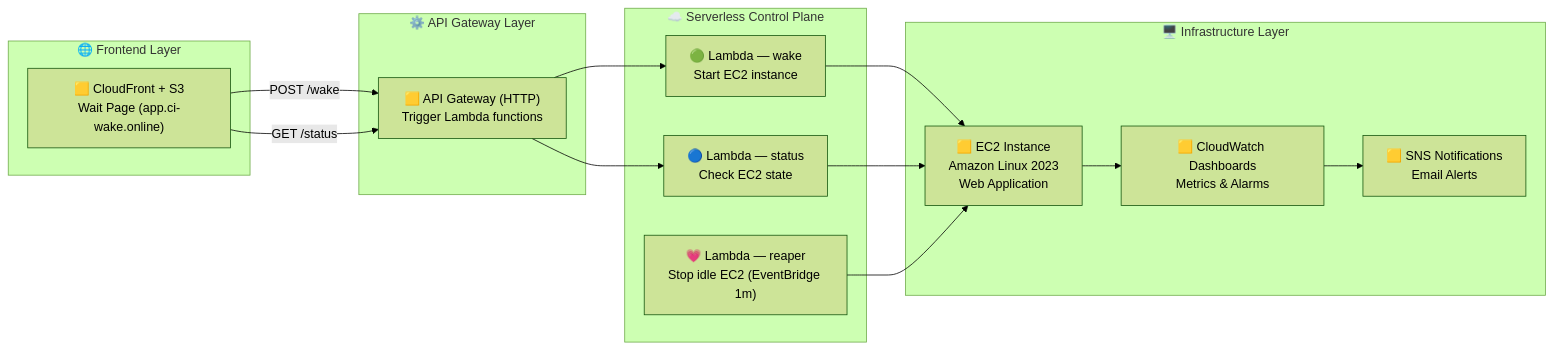
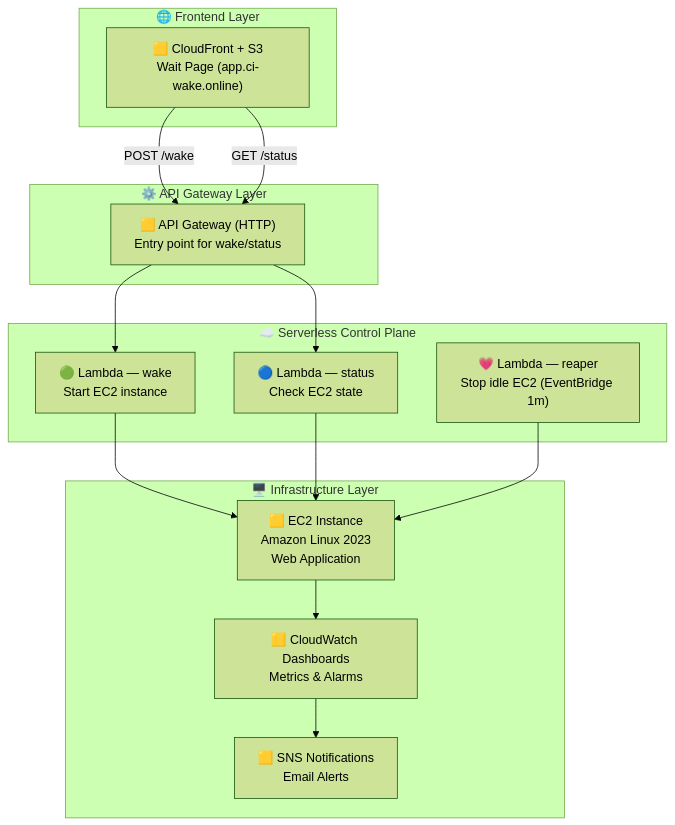
One commit to rusets/CI-CD-Pipeline-for-Application-Deployment changed the diagram in README.md. Above: the diagram before and after it, drawn with Mermaid (forest theme).

Commit message:
docs: refined architecture diagram and updated README layout

````diff
--- a/README.md
+++ b/README.md
@@ -34,40 +34,44 @@
 ```mermaid
-flowchart LR
-  %% === Frontend Section ===
+flowchart TB
+  %% === Frontend Layer ===
   subgraph Frontend["🌐 Frontend Layer"]
     A["🟨 CloudFront + S3<br/>Wait Page (app.ci-wake.online)"]
   end
 
-  %% === API Section ===
+
+  %% === API Layer ===
   subgraph API["⚙️ API Gateway Layer"]
-    B["🟨 API Gateway (HTTP)<br/>Trigger Lambda functions"]
+    B["🟨 API Gateway (HTTP)<br/>Entry point for wake/status"]
   end
 
-  %% === Lambda Control Plane ===
+
+  %% === Lambda Layer ===
   subgraph Lambdas["☁️ Serverless Control Plane"]
     C["🟢 Lambda — wake<br/>Start EC2 instance"]
     D["🔵 Lambda — status<br/>Check EC2 state"]
     F["💗 Lambda — reaper<br/>Stop idle EC2 (EventBridge 1m)"]
   end
 
-  %% === Infrastructure Section ===
+
+  %% === Infrastructure Layer ===
   subgraph Infra["🖥️ Infrastructure Layer"]
     E["🟨 EC2 Instance<br/>Amazon Linux 2023<br/>Web Application"]
     G["🟨 CloudWatch Dashboards<br/>Metrics & Alarms"]
     H["🟨 SNS Notifications<br/>Email Alerts"]
   end
+
 
   %% === Connections ===
   A -->|POST /wake| B
   A -->|GET /status| B
 
   B --> C
   B --> D
 
   C --> E
   D --> E
 
   F --> E
   E --> G
   G --> H
 ```
````
